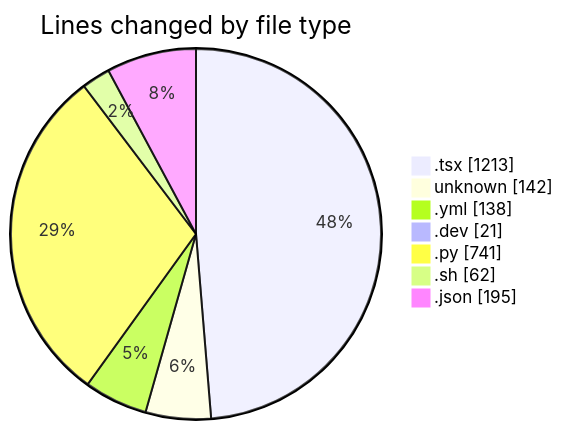
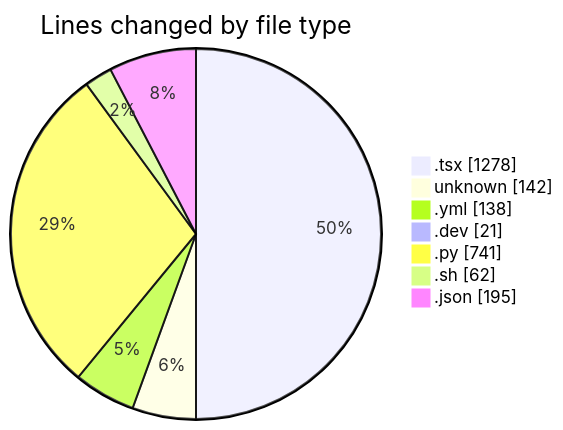
One commit to Elitesun/code-tracking changed the first of 2 diagrams in 2025-05-18/niten/README.md. Above: the diagram before and after it, drawn with Mermaid. The commit also changed other lines of this file and 1 other file, not shown here.

````diff
--- a/2025-05-18/niten/README.md
+++ b/2025-05-18/niten/README.md
@@ -37,11 +37,11 @@
 ```mermaid
 pie showData
 title Lines changed by file type
-".tsx" : 1213
+".tsx" : 1278
 "unknown" : 142
 ".yml" : 138
 ".dev" : 21
 ".py" : 741
 ".sh" : 62
 ".json" : 195
 ```
````
